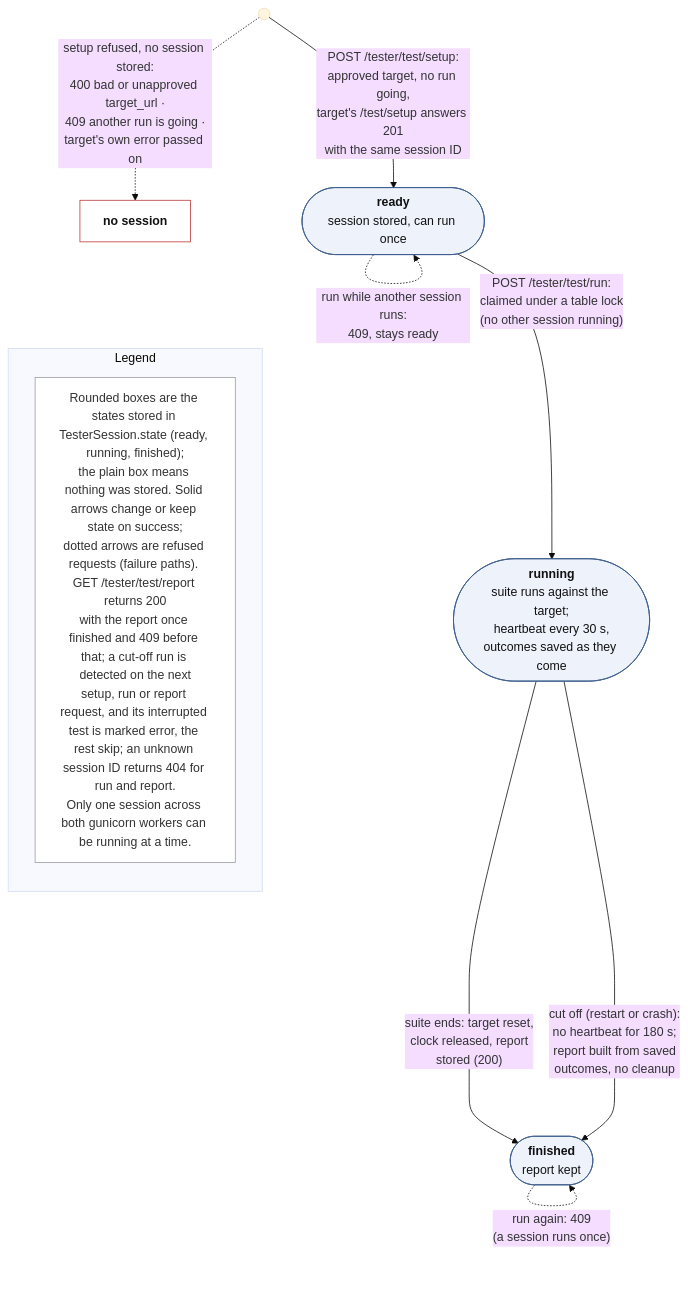
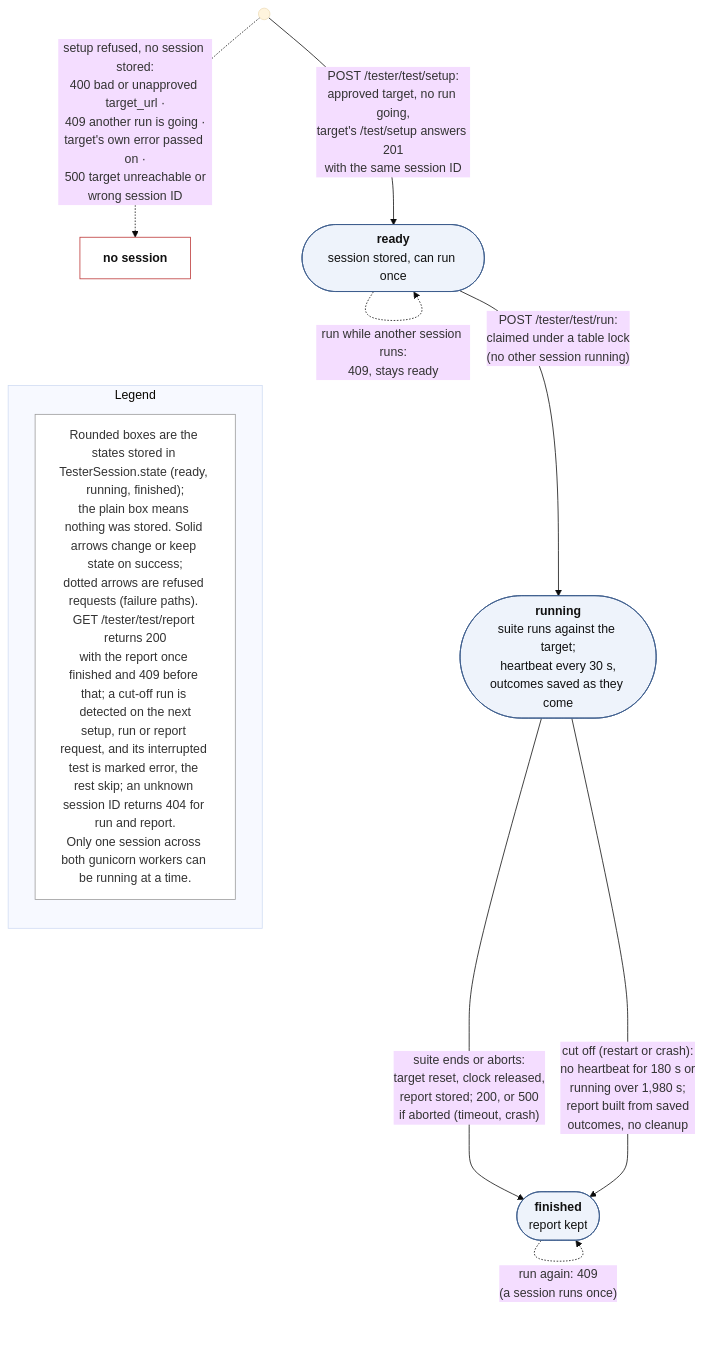
The diagram in docs/models/model-e-tester-run.mmd (team17-ece30861/cra-service), drawn with Mermaid (base theme) before and after one commit. The commit also changed 3 other files, not shown here.

Commit message:
Models: independent trace fixes (tester cleanup calls, SystemSession, console clock, abort and timeout paths)

```diff
--- a/docs/models/model-e-tester-run.mmd
+++ b/docs/models/model-e-tester-run.mmd
@@ -1,19 +1,19 @@
 flowchart TB
   start((" ")) -->|"POST /tester/test/setup:<br/>approved target, no run going,<br/>target's /test/setup answers 201<br/>with the same session ID"| R(["<b>ready</b><br/>session stored, can run once"])
-  start -.->|"setup refused, no session stored:<br/>400 bad or unapproved target_url ·<br/>409 another run is going ·<br/>target's own error passed on"| X1["<b>no session</b>"]
+  start -.->|"setup refused, no session stored:<br/>400 bad or unapproved target_url ·<br/>409 another run is going ·<br/>target's own error passed on ·<br/>500 target unreachable or<br/>wrong session ID"| X1["<b>no session</b>"]
   R -->|"POST /tester/test/run:<br/>claimed under a table lock<br/>(no other session running)"| RUN(["<b>running</b><br/>suite runs against the target;<br/>heartbeat every 30 s,<br/>outcomes saved as they come"])
   R -.->|"run while another session runs:<br/>409, stays ready"| R
-  RUN -->|"suite ends: target reset,<br/>clock released, report<br/>stored (200)"| F(["<b>finished</b><br/>report kept"])
-  RUN ---->|"cut off (restart or crash):<br/>no heartbeat for 180 s;<br/>report built from saved<br/>outcomes, no cleanup"| F
+  RUN -->|"suite ends or aborts:<br/>target reset, clock released,<br/>report stored; 200, or 500<br/>if aborted (timeout, crash)"| F(["<b>finished</b><br/>report kept"])
+  RUN ---->|"cut off (restart or crash):<br/>no heartbeat for 180 s or<br/>running over 1,980 s;<br/>report built from saved<br/>outcomes, no cleanup"| F
   F -.->|"run again: 409<br/>(a session runs once)"| F
   subgraph legend["Legend"]
     direction TB
     l1["Rounded boxes are the states stored in TesterSession.state (ready, running, finished);<br/>the plain box means nothing was stored. Solid arrows change or keep state on success;<br/>dotted arrows are refused requests (failure paths). GET /tester/test/report returns 200<br/>with the report once finished and 409 before that; a cut-off run is detected on the next<br/>setup, run or report request, and its interrupted test is marked error, the rest skip; an unknown session ID returns 404 for run and report.<br/>Only one session across both gunicorn workers can be running at a time."]
   end
   X1 ~~~ legend
   classDef state fill:#eef3fb,stroke:#3b5b8c,color:#111
   classDef none fill:#ffffff,stroke:#b33,color:#111
   classDef note fill:#ffffff,stroke:#999,color:#333
   class R,RUN,F state
   class X1 none
   class l1 note
```
